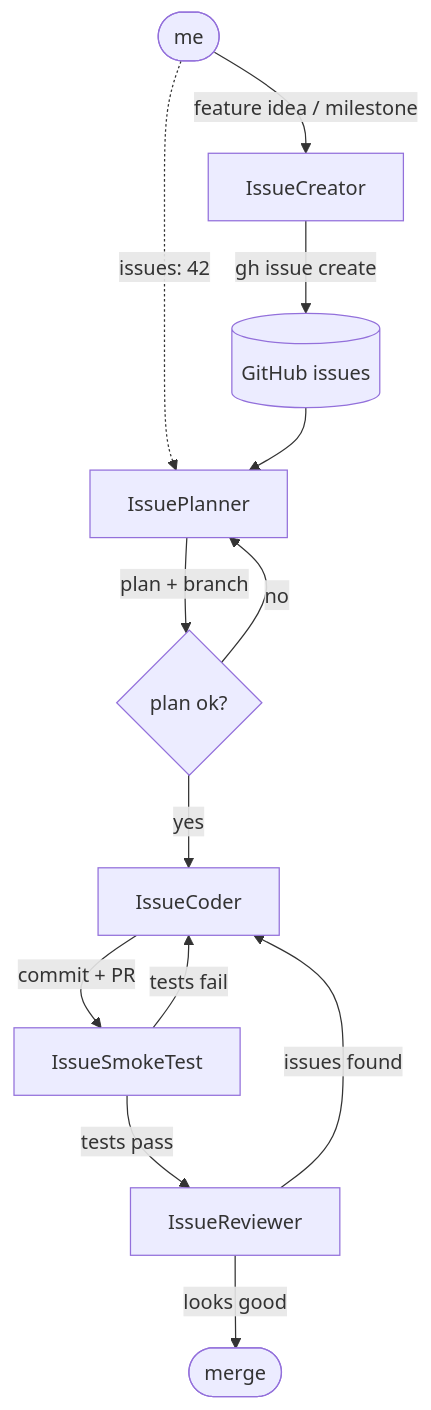
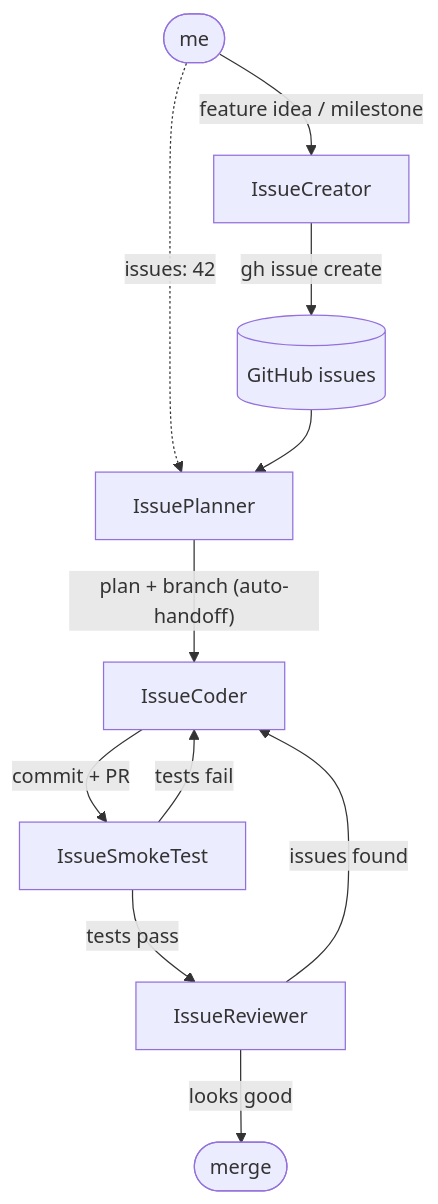
The first of 2 diagrams in README.md (crzptn/bastion), drawn with Mermaid before and after one commit. The commit also changed other lines of this file and 7 other files, not shown here.

````diff
--- a/README.md
+++ b/README.md
@@ -20,18 +20,16 @@
 ```mermaid
 flowchart TD
     User([me]) -->|"feature idea / milestone"| Creator[IssueCreator]
     Creator -->|"gh issue create"| GH[(GitHub issues)]
 
     User -.->|"issues: 42"| Planner[IssuePlanner]
     GH --> Planner
-    Planner -->|"plan + branch"| Approve{plan ok?}
-    Approve -- no --> Planner
-    Approve -- yes --> Coder[IssueCoder]
+    Planner -->|"plan + branch (auto-handoff)"| Coder[IssueCoder]
 
     Coder -->|"commit + PR"| Smoke[IssueSmokeTest]
     Smoke -- tests fail --> Coder
     Smoke -- tests pass --> Reviewer[IssueReviewer]
 
     Reviewer -- issues found --> Coder
     Reviewer -- looks good --> Done([merge])
 ```
````
